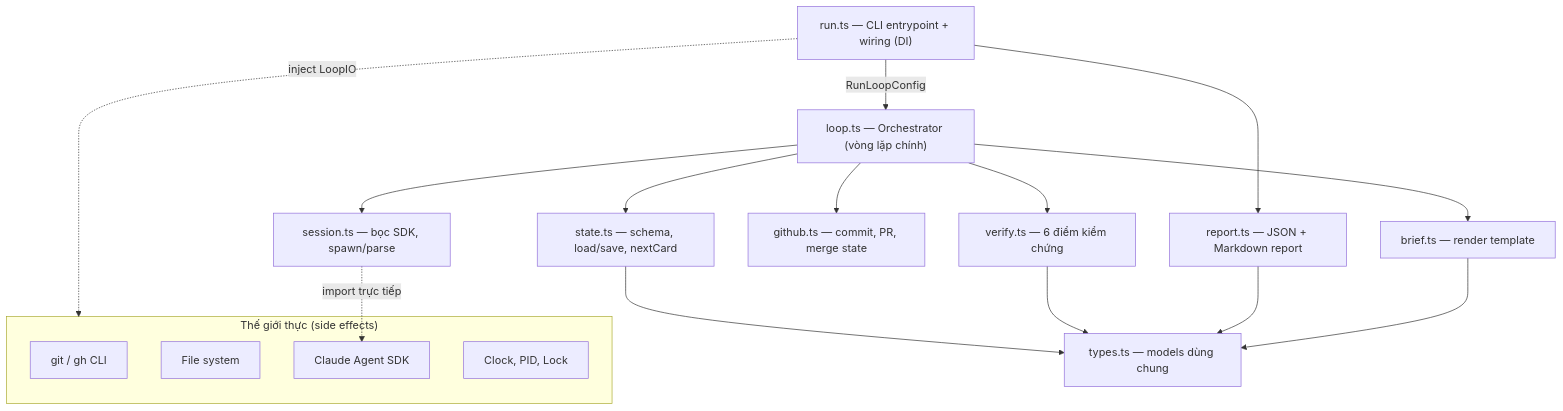
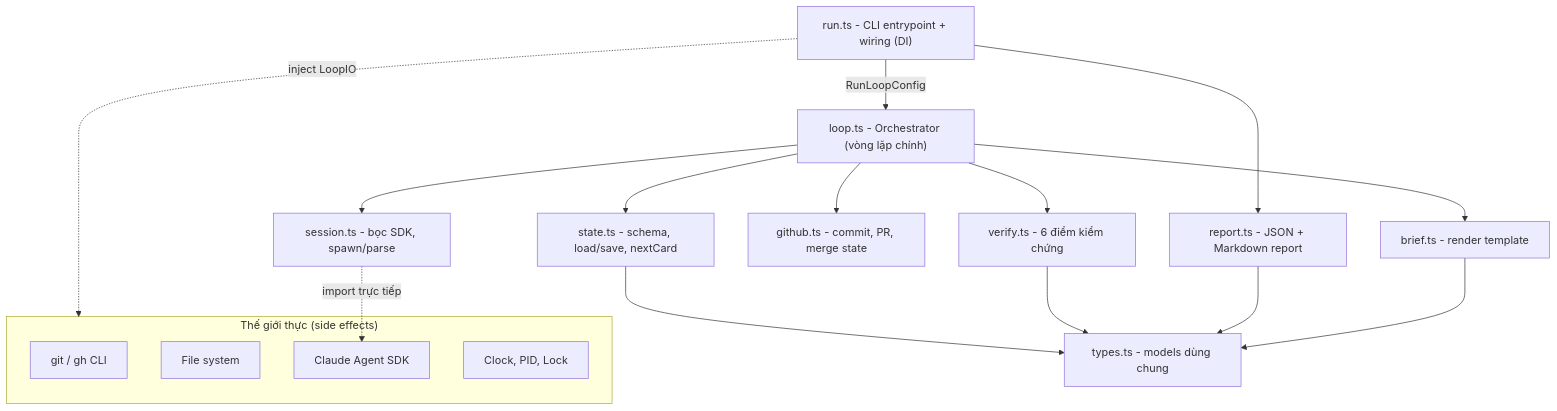
The second of 7 diagrams in src/content/posts/tribe-campaign-runner-orchestrator-vi.md (hieplam/memo), drawn with Mermaid before and after one commit. The commit also changed other lines of this file and 131 other files, not shown here.

````diff
--- a/src/content/posts/tribe-campaign-runner-orchestrator-vi.md
+++ b/src/content/posts/tribe-campaign-runner-orchestrator-vi.md
@@ -67,32 +67,32 @@
 ```mermaid
 flowchart TB
   subgraph WORLD["Thế giới thực (side effects)"]
     GIT["git / gh CLI"]
     FS["File system"]
     SDK["Claude Agent SDK"]
     OS["Clock, PID, Lock"]
   end
-  RUN["run.ts — CLI entrypoint + wiring (DI)"]
-  LOOP["loop.ts — Orchestrator (vòng lặp chính)"]
-  STATE["state.ts — schema, load/save, nextCard"]
-  SESSION["session.ts — bọc SDK, spawn/parse"]
-  VERIFY["verify.ts — 6 điểm kiểm chứng"]
-  GITHUB["github.ts — commit, PR, merge state"]
-  REPORT["report.ts — JSON + Markdown report"]
-  BRIEF["brief.ts — render template"]
-  TYPES["types.ts — models dùng chung"]
+  RUN["run.ts - CLI entrypoint + wiring (DI)"]
+  LOOP["loop.ts - Orchestrator (vòng lặp chính)"]
+  STATE["state.ts - schema, load/save, nextCard"]
+  SESSION["session.ts - bọc SDK, spawn/parse"]
+  VERIFY["verify.ts - 6 điểm kiểm chứng"]
+  GITHUB["github.ts - commit, PR, merge state"]
+  REPORT["report.ts - JSON + Markdown report"]
+  BRIEF["brief.ts - render template"]
+  TYPES["types.ts - models dùng chung"]
 
   RUN -->|RunLoopConfig| LOOP
   RUN -.->|inject LoopIO| WORLD
   RUN --> REPORT
   LOOP --> STATE
   LOOP --> SESSION
   LOOP --> VERIFY
   LOOP --> GITHUB
   LOOP --> BRIEF
   SESSION -.->|import trực tiếp| SDK
   STATE --> TYPES
   VERIFY --> TYPES
   REPORT --> TYPES
   BRIEF --> TYPES
 ```
````
